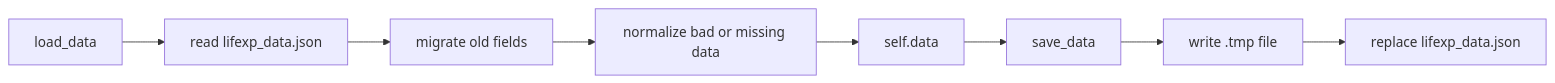
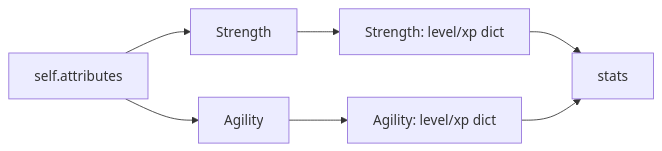
The sixth of 30 diagrams in docs/beginner-guide/02-intermediate.md (nimbold/LifeXP), drawn with Mermaid before and after one commit. The commit also changed other lines of this file, not shown here.

````diff
--- a/docs/beginner-guide/02-intermediate.md
+++ b/docs/beginner-guide/02-intermediate.md
@@ -148,10 +327,9 @@
 ```mermaid
 flowchart LR
-    A["load_data"] --> B["read lifexp_data.json"]
-    B --> C["migrate old fields"]
-    C --> D["normalize bad or missing data"]
-    D --> E["self.data"]
-    E --> F["save_data"]
-    F --> G["write .tmp file"]
-    G --> H["replace lifexp_data.json"]
+    A["self.attributes"] --> B["Strength"]
+    A --> C["Agility"]
+    B --> D["Strength: level/xp dict"]
+    C --> E["Agility: level/xp dict"]
+    D --> F["stats"]
+    E --> F
 ```
````
